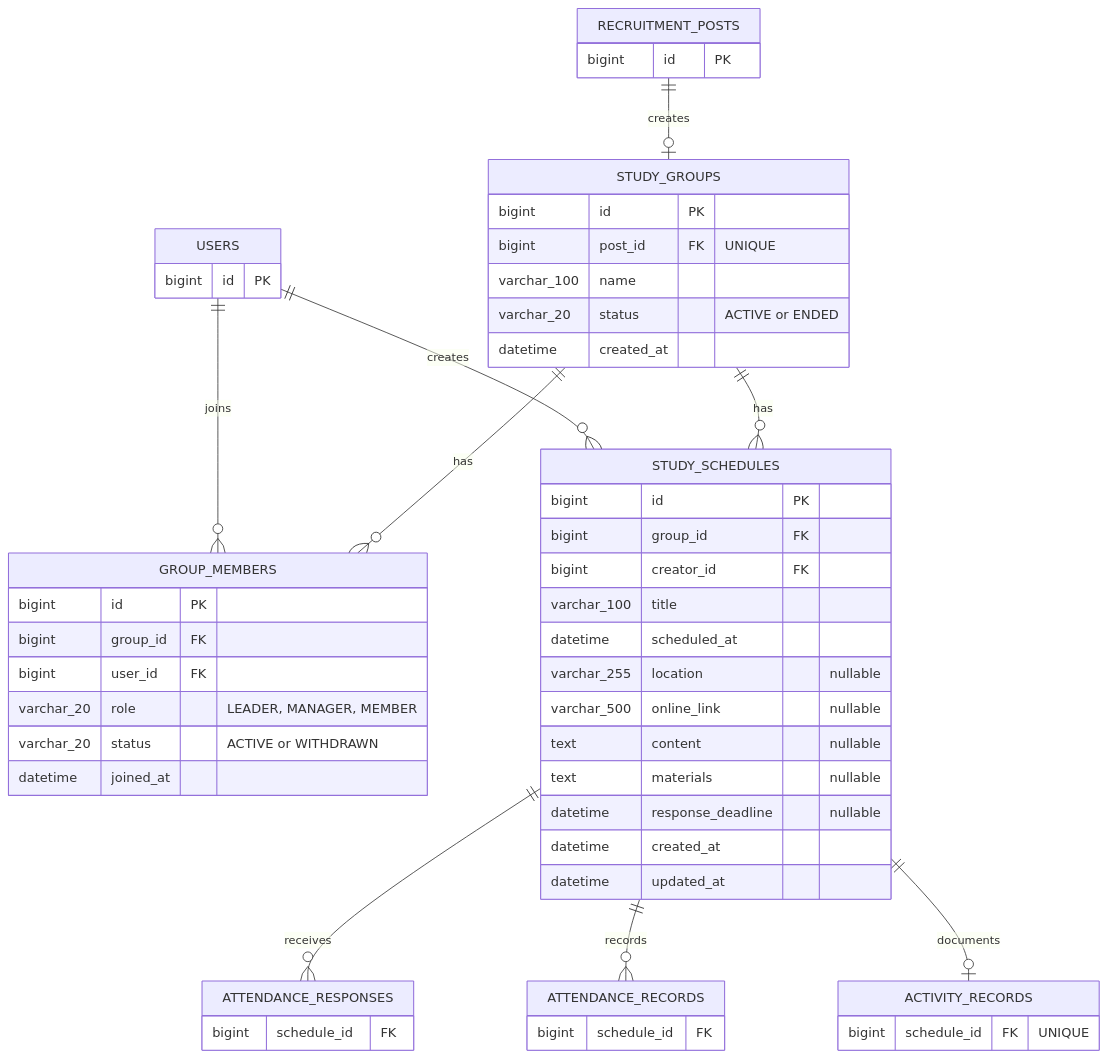
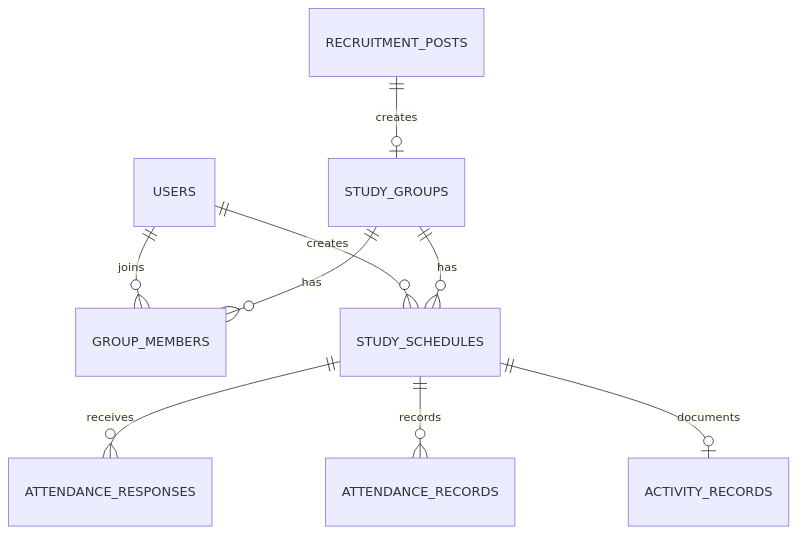
The diagram in docs/part3-group/erd.md (hyuckjoon9/moi-go), drawn with Mermaid before and after one commit. The commit also changed other lines of this file and 18 other files, not shown here.

````diff
--- a/docs/part3-group/erd.md
+++ b/docs/part3-group/erd.md
@@ -7,63 +7,11 @@
 ```mermaid
 erDiagram
     RECRUITMENT_POSTS ||--o| STUDY_GROUPS : creates
     USERS ||--o{ GROUP_MEMBERS : joins
     USERS ||--o{ STUDY_SCHEDULES : creates
     STUDY_GROUPS ||--o{ GROUP_MEMBERS : has
     STUDY_GROUPS ||--o{ STUDY_SCHEDULES : has
     STUDY_SCHEDULES ||--o{ ATTENDANCE_RESPONSES : receives
     STUDY_SCHEDULES ||--o{ ATTENDANCE_RECORDS : records
     STUDY_SCHEDULES ||--o| ACTIVITY_RECORDS : documents
-
-    RECRUITMENT_POSTS {
-        bigint id PK
-    }
-
-    USERS {
-        bigint id PK
-    }
-
-    STUDY_GROUPS {
-        bigint id PK
-        bigint post_id FK "UNIQUE"
-        varchar_100 name
-        varchar_20 status "ACTIVE or ENDED"
-        datetime created_at
-    }
-
-    GROUP_MEMBERS {
-        bigint id PK
-        bigint group_id FK
-        bigint user_id FK
-        varchar_20 role "LEADER, MANAGER, MEMBER"
-        varchar_20 status "ACTIVE or WITHDRAWN"
-        datetime joined_at
-    }
-
-    STUDY_SCHEDULES {
-        bigint id PK
-        bigint group_id FK
-        bigint creator_id FK
-        varchar_100 title
-        datetime scheduled_at
-        varchar_255 location "nullable"
-        varchar_500 online_link "nullable"
-        text content "nullable"
-        text materials "nullable"
-        datetime response_deadline "nullable"
-        datetime created_at
-        datetime updated_at
-    }
-
-    ATTENDANCE_RESPONSES {
-        bigint schedule_id FK
-    }
-
-    ATTENDANCE_RECORDS {
-        bigint schedule_id FK
-    }
-
-    ACTIVITY_RECORDS {
-        bigint schedule_id FK "UNIQUE"
-    }
 ```
````
